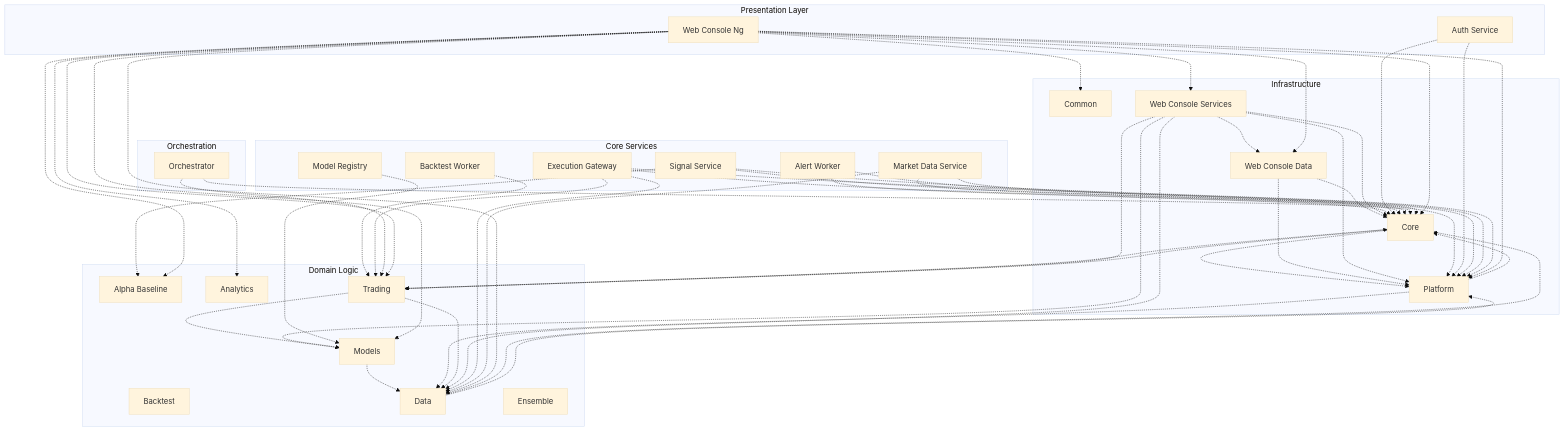
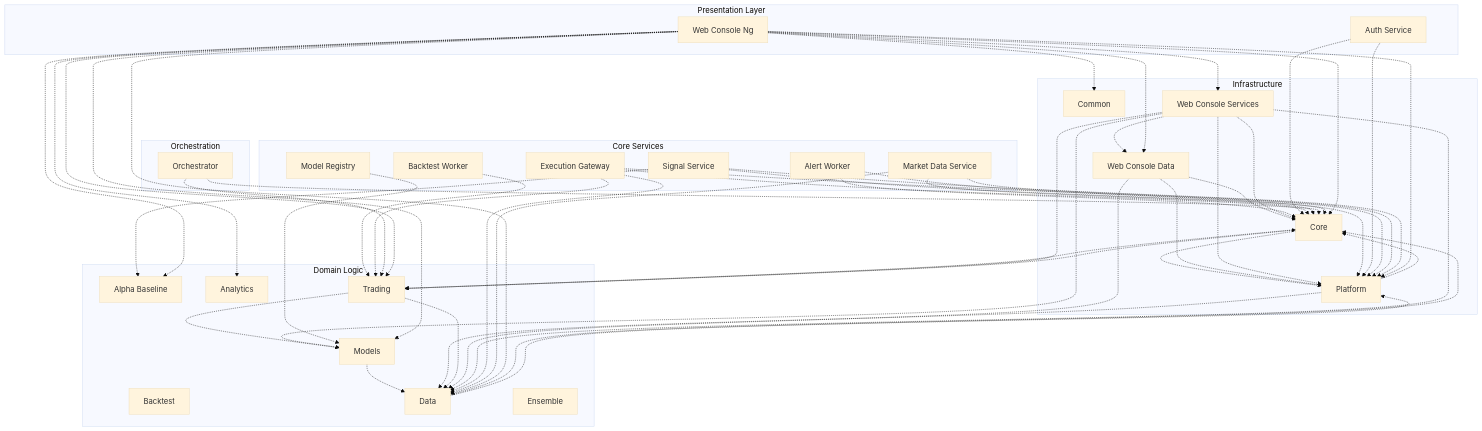
One commit to LeeeWayyy/trading_platform changed the diagram in docs/ARCHITECTURE/system_map_deps.md. Above: the diagram before and after it, drawn with Mermaid (base theme). The commit also changed 56 other files, not shown here.

```diff
--- a/docs/ARCHITECTURE/system_map_deps.md
+++ b/docs/ARCHITECTURE/system_map_deps.md
@@ -45,6 +45,7 @@
   lib_trading -.-> lib_data
   lib_trading -.-> lib_models
   lib_web_console_data -.-> lib_core
+  lib_web_console_data -.-> lib_data
   lib_web_console_data -.-> lib_platform
   lib_web_console_services -.-> lib_core
   lib_web_console_services -.-> lib_data
```
